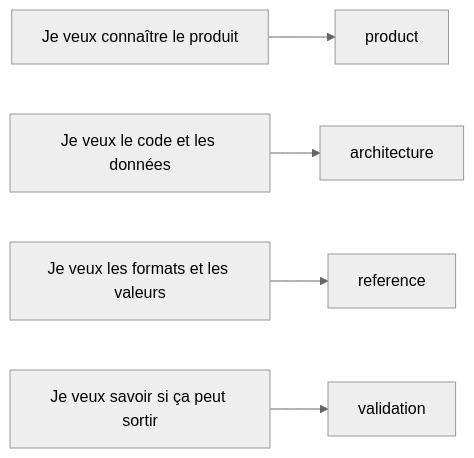
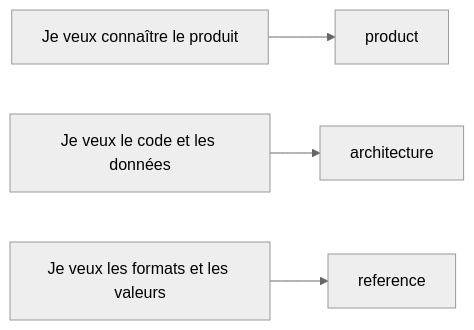
The diagram in docs/fr/README.md (habinsong/negaflow), drawn with Mermaid (neutral theme) before and after one commit. The commit also changed other lines of this file and 171 other files, not shown here.

````diff
--- a/docs/fr/README.md
+++ b/docs/fr/README.md
@@ -8,7 +8,6 @@
 ```mermaid
 flowchart LR
     A["Je veux connaître le produit"] --> P["product"]
     B["Je veux le code et les données"] --> R["architecture"]
     C["Je veux les formats et les valeurs"] --> S["reference"]
-    D["Je veux savoir si ça peut sortir"] --> V["validation"]
 ```
````
